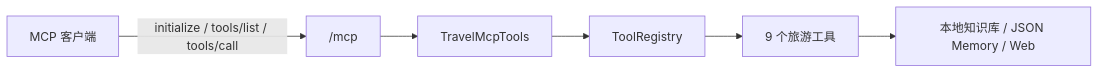
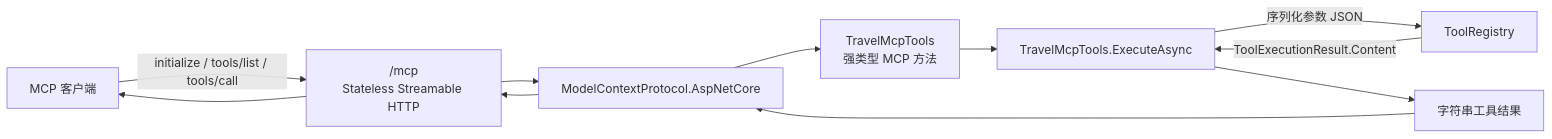
One commit to traveler703/DotNetAgentDev changed the tenth of 11 diagrams in docs/架构设计.md. Above: the diagram before and after it, drawn with Mermaid. The commit also changed other lines of this file and 37 other files, not shown here.

````diff
--- a/docs/架构设计.md
+++ b/docs/架构设计.md
@@ -193,8 +1009,21 @@
 ```mermaid
 flowchart LR
-    CLIENT["MCP 客户端"] -->|"initialize / tools/list / tools/call"| ENDPOINT["/mcp"]
-    ENDPOINT --> ADAPTER["TravelMcpTools"]
-    ADAPTER --> REG["ToolRegistry"]
-    REG --> TOOL["9 个旅游工具"]
-    TOOL --> DATA["本地知识库 / JSON Memory / Web"]
+    CLIENT["MCP 客户端"]
+    ENDPOINT["/mcp<br/>Stateless Streamable HTTP"]
+    SDK["ModelContextProtocol.AspNetCore"]
+    ADAPTER["TravelMcpTools<br/>强类型 MCP 方法"]
+    EXECUTE["TravelMcpTools.ExecuteAsync"]
+    REGISTRY["ToolRegistry"]
+    RESULT["字符串工具结果"]
+
+    CLIENT -->|"initialize / tools/list / tools/call"| ENDPOINT
+    ENDPOINT --> SDK
+    SDK --> ADAPTER
+    ADAPTER --> EXECUTE
+    EXECUTE -->|"序列化参数 JSON"| REGISTRY
+    REGISTRY -->|"ToolExecutionResult.Content"| EXECUTE
+    EXECUTE --> RESULT
+    RESULT --> SDK
+    SDK --> ENDPOINT
+    ENDPOINT --> CLIENT
 ```
````
